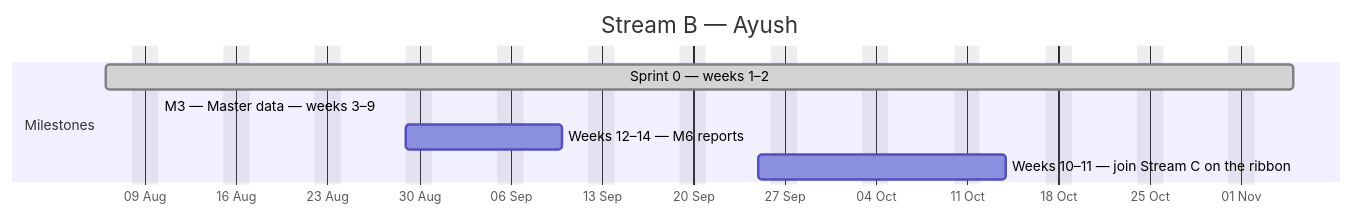
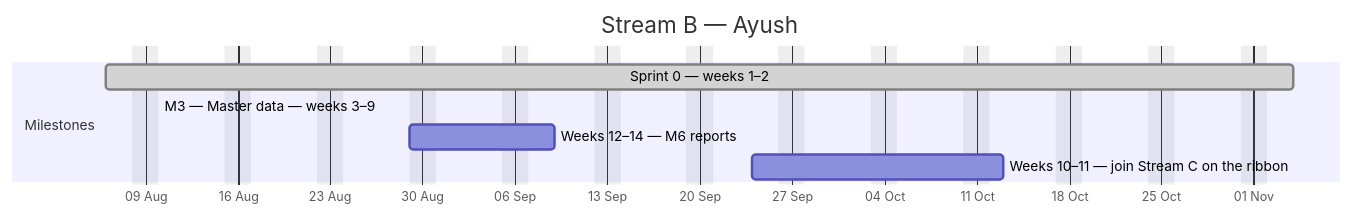
Before and after one commit to debashisedunext/EduTrack: the second of 4 diagrams in docs/plan/GANTT.md, drawn with Mermaid. The commit also changed other lines of this file and 2 other files, not shown here.

````diff
--- a/docs/plan/GANTT.md
+++ b/docs/plan/GANTT.md
@@ -129,12 +129,12 @@
 ```mermaid
 gantt
     dateFormat YYYY-MM-DD
     axisFormat %d %b
     title Stream B — Ayush
     excludes weekends
     section Milestones
-    Sprint 0 — weeks 1–2 :done, b0, 2026-08-06, 65d
+    Sprint 0 — weeks 1–2 :done, b0, 2026-08-06, 64d
     M3 — Master data — weeks 3–9 :active, b1, 2026-08-10, -20d
-    Weeks 12–14 — M6 reports :b2, 2026-08-29, 9d
-    Weeks 10–11 — join Stream C on the ribbon :b3, 2026-09-25, 13d
+    Weeks 12–14 — M6 reports :b2, 2026-08-29, 8d
+    Weeks 10–11 — join Stream C on the ribbon :b3, 2026-09-24, 13d
 ```
````
